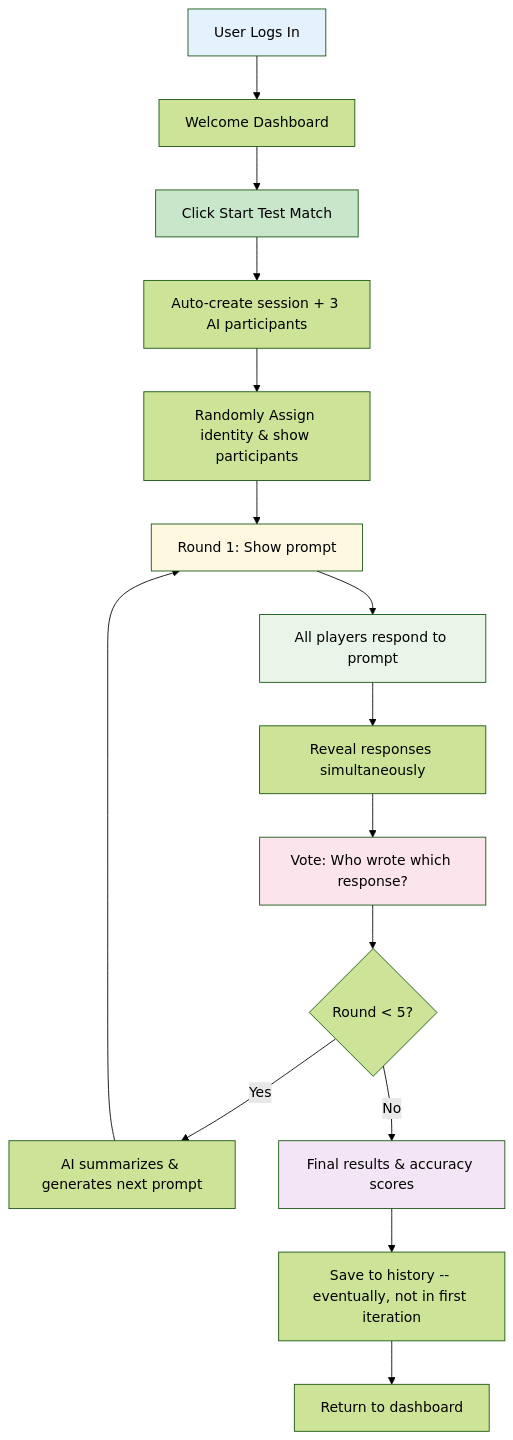
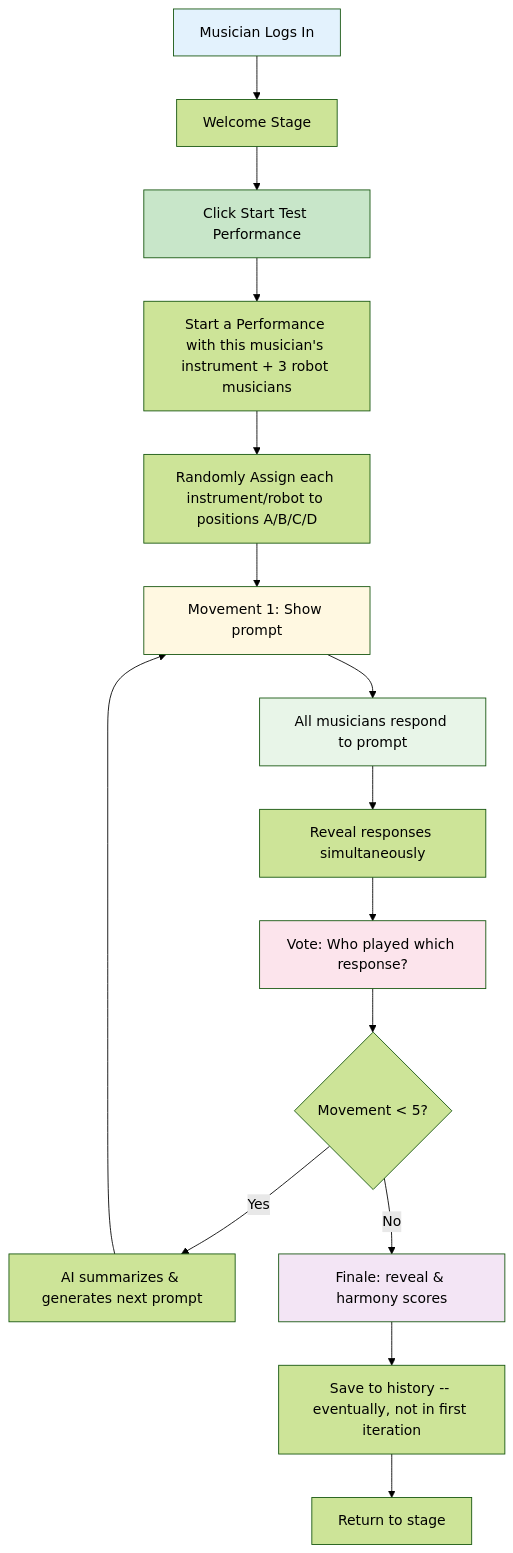
The diagram in USER_JOURNEY_MVP.md (nicolovejoy/am-i-an-ai), drawn with Mermaid (forest theme) before and after one commit. The commit also changed other lines of this file and 17 other files, not shown here.

````diff
--- a/USER_JOURNEY_MVP.md
+++ b/USER_JOURNEY_MVP.md
@@ -36,24 +11,24 @@
 ```mermaid
 flowchart TD
-    A[User Logs In] --> B[Welcome Dashboard]
-    B --> C[Click Start Test Match]
-    C --> D[Auto-create session + 3 AI participants]
-    D --> E[Randomly Assign identity & show participants]
-    E --> F[Round 1: Show prompt]
-    F --> G[All players respond to prompt]
+    A[Musician Logs In] --> B[Welcome Stage]
+    B --> C[Click Start Test Performance]
+    C --> D[Start a Performance with this musician's instrument + 3 robot musicians]
+    D --> E[Randomly Assign each instrument/robot to positions A/B/C/D]
+    E --> F[Movement 1: Show prompt]
+    F --> G[All musicians respond to prompt]
     G --> H[Reveal responses simultaneously]
-    H --> I[Vote: Who wrote which response?]
-    I --> J{Round < 5?}
+    H --> I[Vote: Who played which response?]
+    I --> J{Movement < 5?}
     J -->|Yes| K[AI summarizes & generates next prompt]
     K --> F
-    J -->|No| L[Final results & accuracy scores]
+    J -->|No| L[Finale: reveal & harmony scores]
     L --> M[Save to history -- eventually, not in first iteration]
-    M --> N[Return to dashboard]
+    M --> N[Return to stage]
 
     style A fill:#e3f2fd
     style C fill:#c8e6c9
     style F fill:#fff8e1
     style G fill:#e8f5e8
     style I fill:#fce4ec
     style L fill:#f3e5f5
 ```
````
